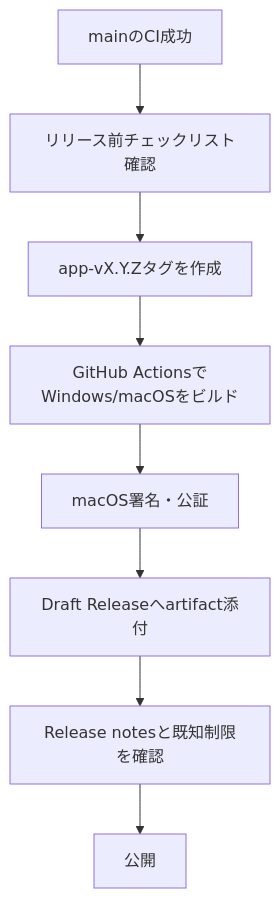
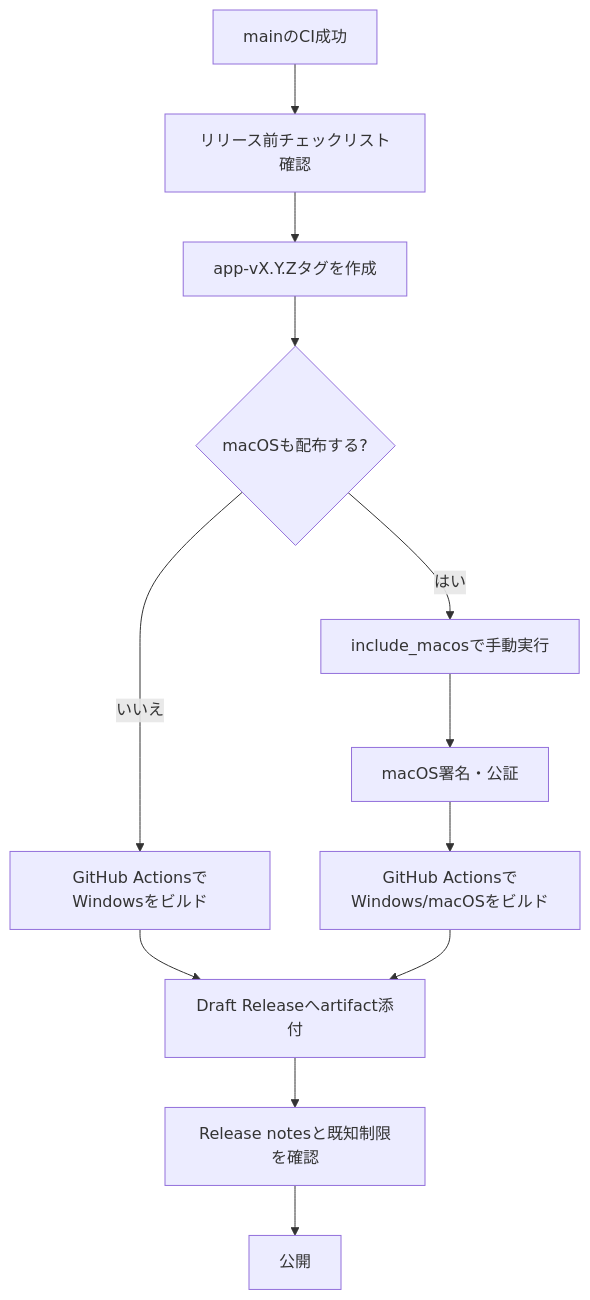
One commit to yt-hsgw/TaskTimer changed the diagram in docs/public-operations.md. Above: the diagram before and after it, drawn with Mermaid. The commit also changed other lines of this file and 15 other files, not shown here.

````diff
--- a/docs/public-operations.md
+++ b/docs/public-operations.md
@@ -40,10 +41,14 @@
 ```mermaid
 flowchart TD
     A["mainのCI成功"] --> B["リリース前チェックリスト確認"]
     B --> C["app-vX.Y.Zタグを作成"]
-    C --> D["GitHub ActionsでWindows/macOSをビルド"]
-    D --> E["macOS署名・公証"]
-    E --> F["Draft Releaseへartifact添付"]
-    F --> G["Release notesと既知制限を確認"]
-    G --> H["公開"]
+    C --> D{"macOSも配布する?"}
+    D -->|いいえ| E["GitHub ActionsでWindowsをビルド"]
+    D -->|はい| F["include_macosで手動実行"]
+    F --> G["macOS署名・公証"]
+    G --> H["GitHub ActionsでWindows/macOSをビルド"]
+    E --> I["Draft Releaseへartifact添付"]
+    H --> I
+    I --> J["Release notesと既知制限を確認"]
+    J --> K["公開"]
 ```
````
